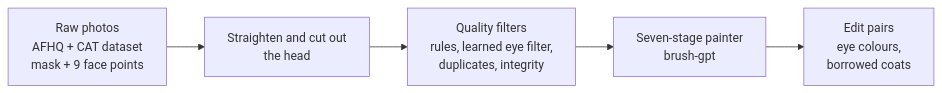
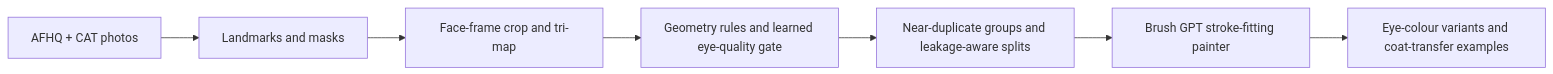
Before and after one commit to alina0607/photo-to-painting-dataset: the diagram in README.md, drawn with Mermaid. The commit also changed other lines of this file, not shown here.

First line of the commit message:
Expand README with model attribution and coat-transfer examples

````diff
--- a/README.md
+++ b/README.md
@@ -19,7 +13,9 @@
 ```mermaid
 flowchart LR
-    A[Raw photos<br/>AFHQ + CAT dataset<br/>mask + 9 face points] --> B[Straighten and cut out<br/>the head]
-    B --> C[Quality filters<br/>rules, learned eye filter,<br/>duplicates, integrity]
-    C --> D[Seven-stage painter<br/>brush-gpt]
-    D --> E[Edit pairs<br/>eye colours,<br/>borrowed coats]
+ A[AFHQ + CAT photos] --> B[Landmarks and masks]
+ B --> C[Face-frame crop and tri-map]
+ C --> D[Geometry rules and learned eye-quality gate]
+ D --> E[Near-duplicate groups and leakage-aware splits]
+ E --> F[Brush GPT stroke-fitting painter]
+ F --> G[Eye-colour variants and coat-transfer examples]
 ```
````
